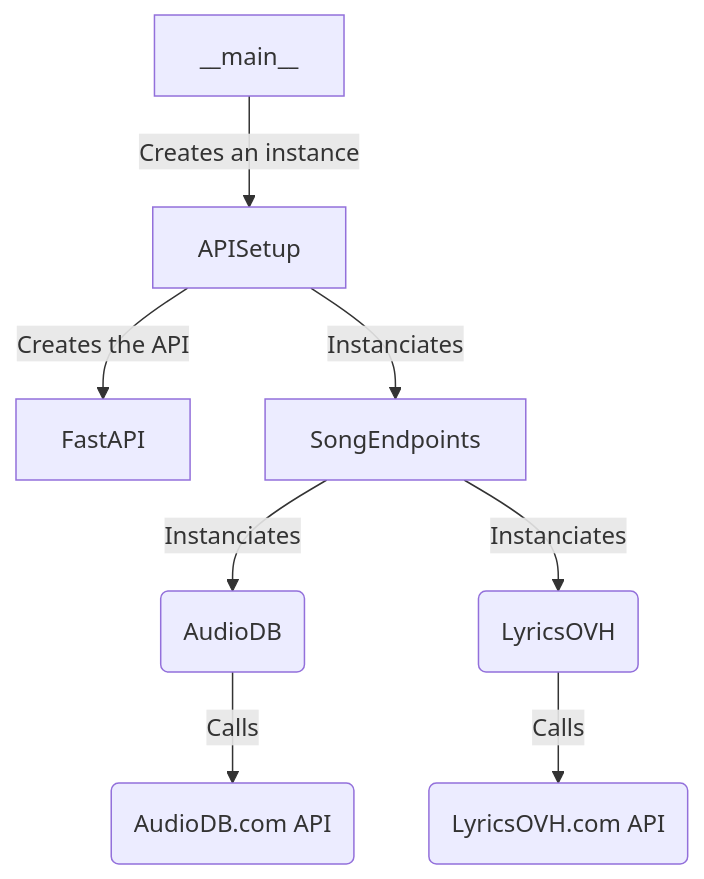
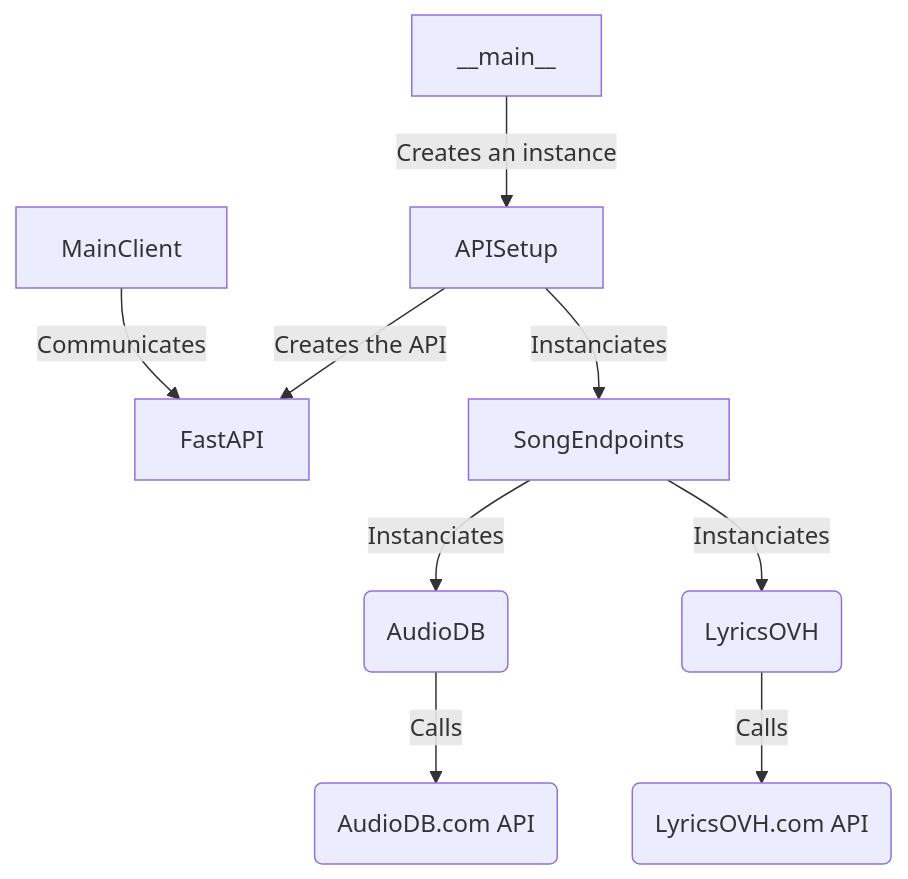
Before and after one commit to AlexandreBidon/playlist-maker: the diagram in README.md, drawn with Mermaid.

````diff
--- a/README.md
+++ b/README.md
@@ -46,11 +46,12 @@
 ```mermaid
 flowchart TB
 
     __main__ -- Creates an instance --> APISetup
     APISetup -- Creates the API --> FastAPI
+    MainClient -- Communicates --> FastAPI
     APISetup -- Instanciates --> SongEndpoints
     SongEndpoints -- Instanciates --> id1(AudioDB)
     SongEndpoints -- Instanciates --> id2(LyricsOVH)
     id1(AudioDB) -- Calls --> id3(AudioDB.com API)
     id2(LyricsOVH) -- Calls --> id4(LyricsOVH.com API)
 ```
````
